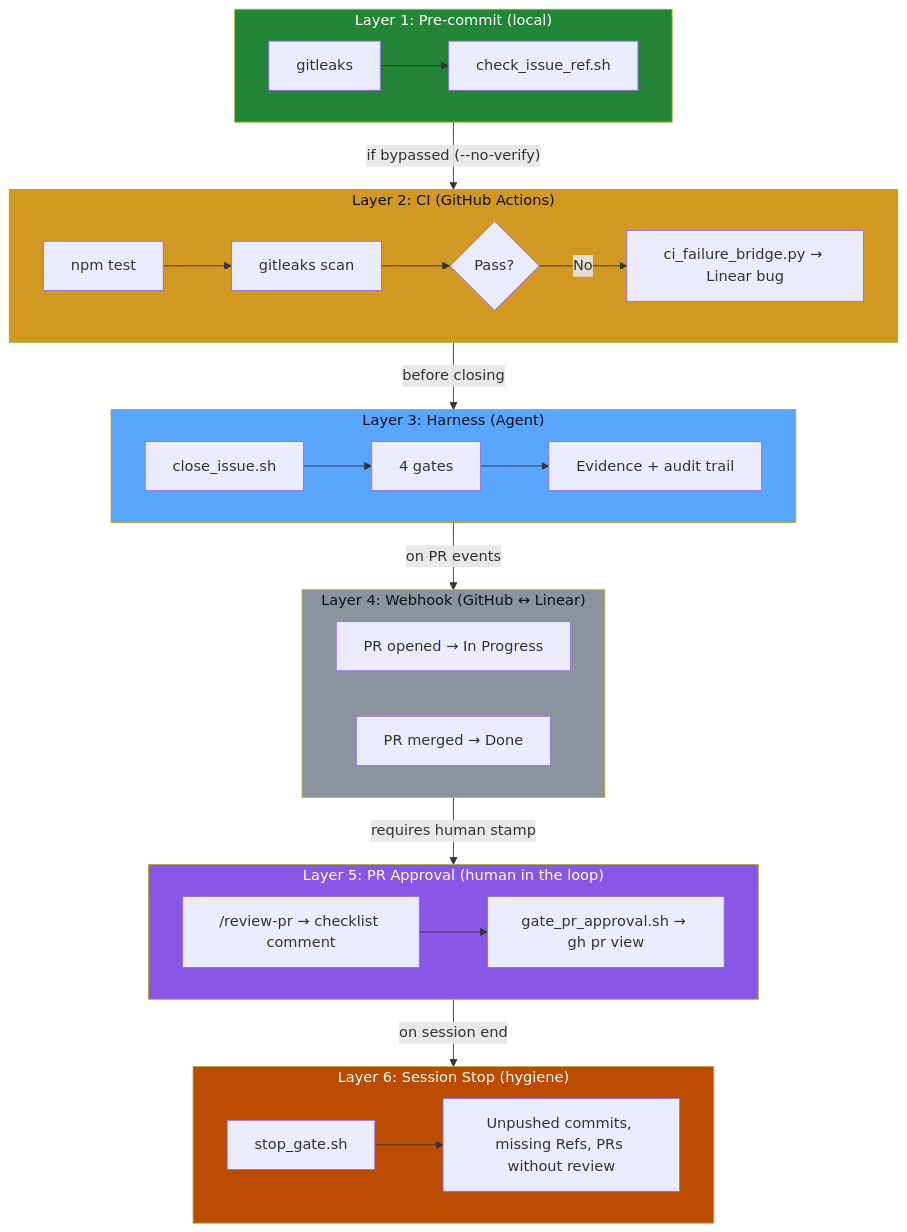
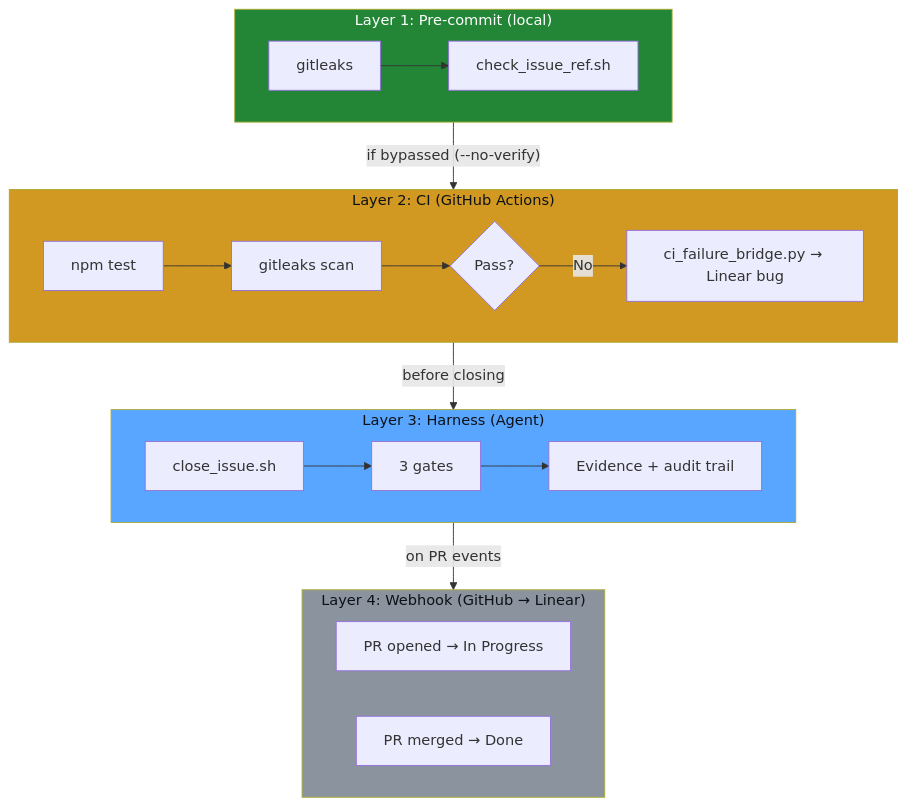
One commit to GACONET/harness-driven-dev changed the fourth of 6 diagrams in docs/architecture.md. Above: the diagram before and after it, drawn with Mermaid. The commit also changed other lines of this file and 28 other files, not shown here.

````diff
--- a/docs/architecture.md
+++ b/docs/architecture.md
@@ -137,47 +128,31 @@
 ```mermaid
 graph TB
     subgraph L1["Layer 1: Pre-commit (local)"]
         L1A["gitleaks"] --> L1B["check_issue_ref.sh"]
     end
 
     subgraph L2["Layer 2: CI (GitHub Actions)"]
         L2A["npm test"] --> L2B["gitleaks scan"]
         L2B --> L2C{"Pass?"}
         L2C -->|No| L2D["ci_failure_bridge.py → Linear bug"]
     end
 
     subgraph L3["Layer 3: Harness (Agent)"]
-        L3A["close_issue.sh"] --> L3B["4 gates"]
+        L3A["close_issue.sh"] --> L3B["3 gates"]
         L3B --> L3C["Evidence + audit trail"]
     end
 
-    subgraph L4["Layer 4: Webhook (GitHub ↔ Linear)"]
+    subgraph L4["Layer 4: Webhook (GitHub → Linear)"]
         L4A["PR opened → In Progress"]
         L4B["PR merged → Done"]
-    end
-
-    subgraph L5["Layer 5: PR Approval (human in the loop)"]
-        L5A["/review-pr → checklist comment"]
-        L5B["gate_pr_approval.sh → gh pr view"]
-        L5A --> L5B
-    end
-
-    subgraph L6["Layer 6: Session Stop (hygiene)"]
-        L6A["stop_gate.sh"]
-        L6B["Unpushed commits, missing Refs, PRs without review"]
-        L6A --> L6B
     end
 
     L1 -->|"if bypassed (--no-verify)"| L2
     L2 -->|"before closing"| L3
     L3 -->|"on PR events"| L4
-    L4 -->|"requires human stamp"| L5
-    L5 -->|"on session end"| L6
 
     style L1 fill:#238636,color:#fff
     style L2 fill:#d29922,color:#0d1117
     style L3 fill:#58a6ff,color:#0d1117
     style L4 fill:#8b949e,color:#0d1117
-    style L5 fill:#8957e5,color:#fff
-    style L6 fill:#bc4c00,color:#fff
 ```
````
